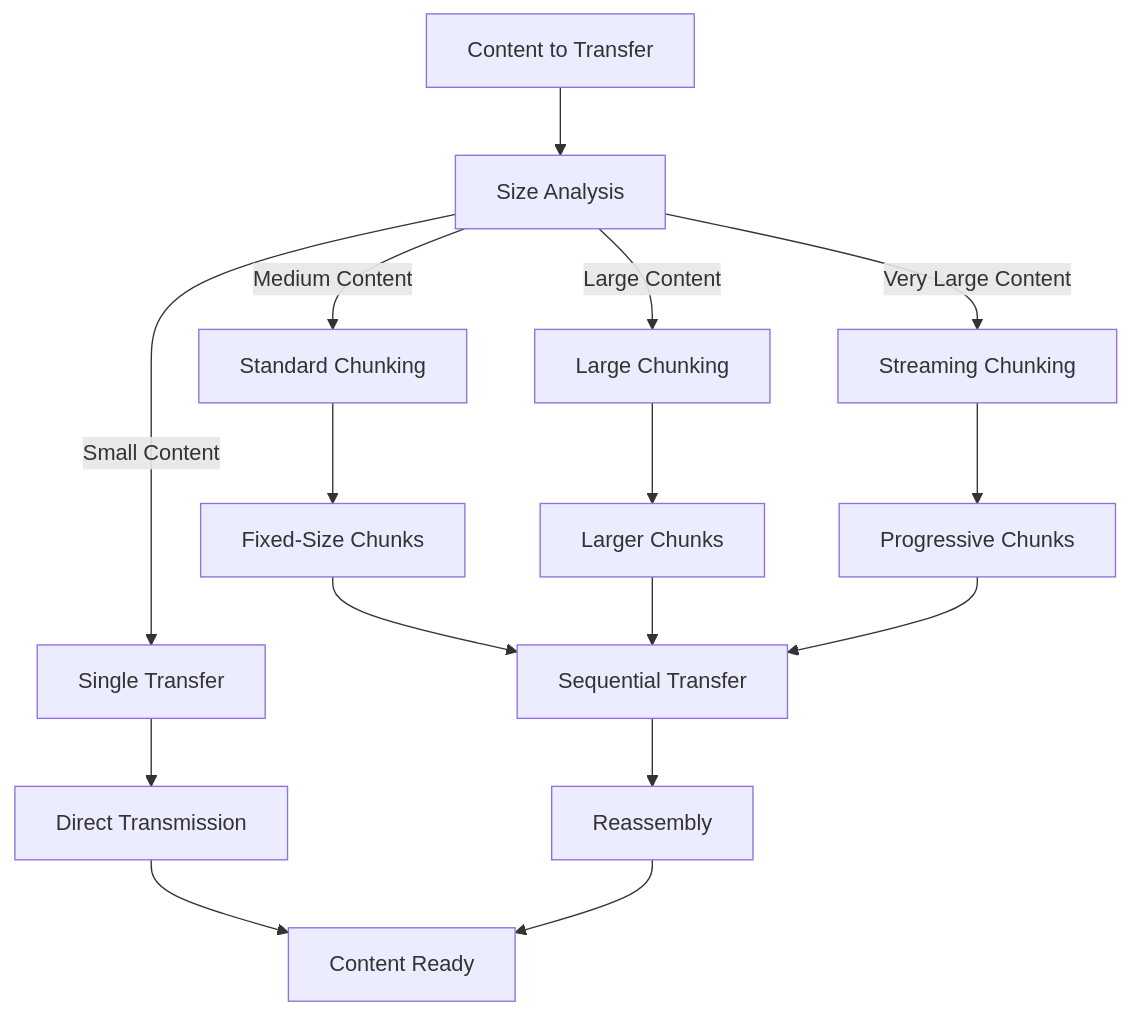
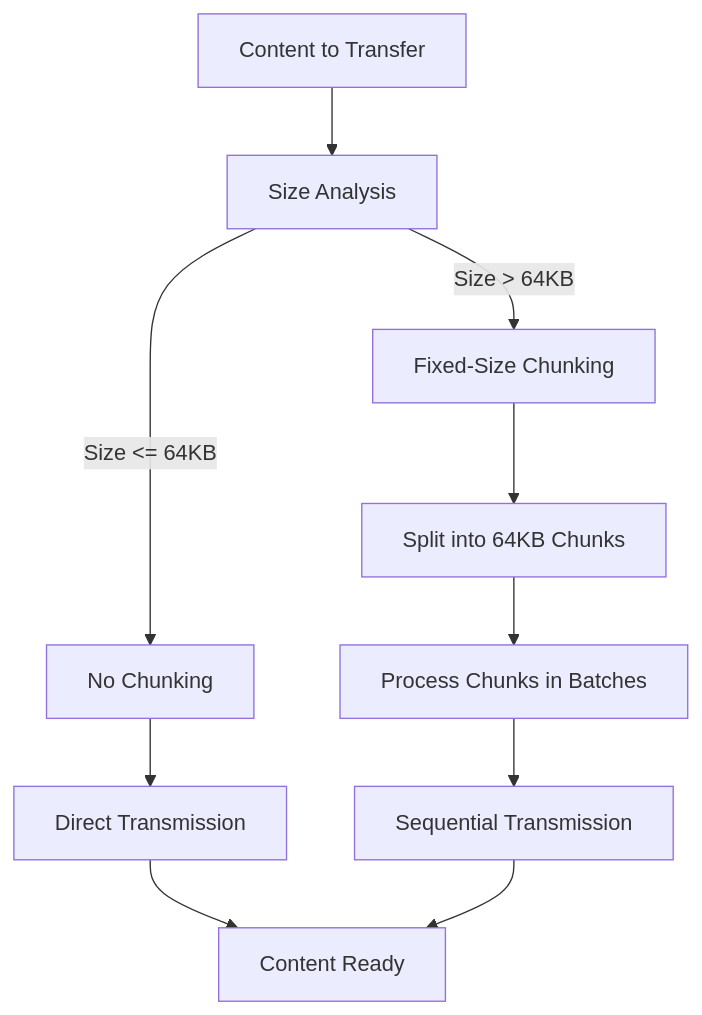
Before and after one commit to jsbattig/share-things: the diagram in memory-bank/technical/chunking.md, drawn with Mermaid. The commit also changed other lines of this file and 7 other files, not shown here.

````diff
--- a/memory-bank/technical/chunking.md
+++ b/memory-bank/technical/chunking.md
@@ -29,22 +29,16 @@
 ```mermaid
 graph TD
     A[Content to Transfer] --> B[Size Analysis]
     
-    B -->|Small Content| C[Single Transfer]
-    B -->|Medium Content| D[Standard Chunking]
-    B -->|Large Content| E[Large Chunking]
-    B -->|Very Large Content| F[Streaming Chunking]
+    B -->|Size <= 64KB| C[No Chunking]
+    B -->|Size > 64KB| D[Fixed-Size Chunking]
     
-    C --> G[Direct Transmission]
-    D --> H[Fixed-Size Chunks]
-    E --> I[Larger Chunks]
-    F --> J[Progressive Chunks]
+    C --> E[Direct Transmission]
+    D --> F[Split into 64KB Chunks]
     
-    H --> K[Sequential Transfer]
-    I --> K
-    J --> K
+    F --> G[Process Chunks in Batches]
+    G --> H[Sequential Transmission]
     
-    K --> L[Reassembly]
-    G --> M[Content Ready]
-    L --> M
+    E --> I[Content Ready]
+    H --> I
 ```
````
